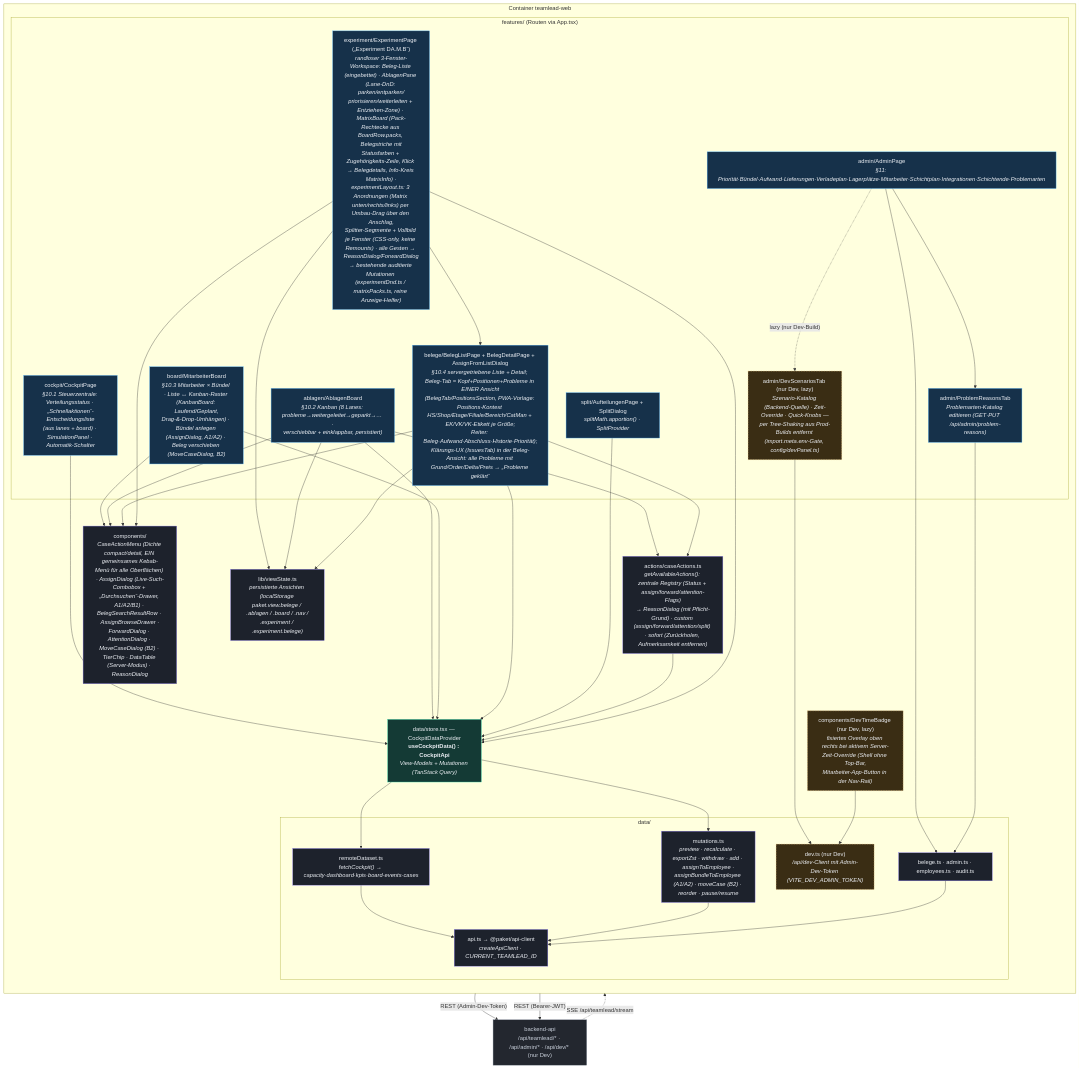
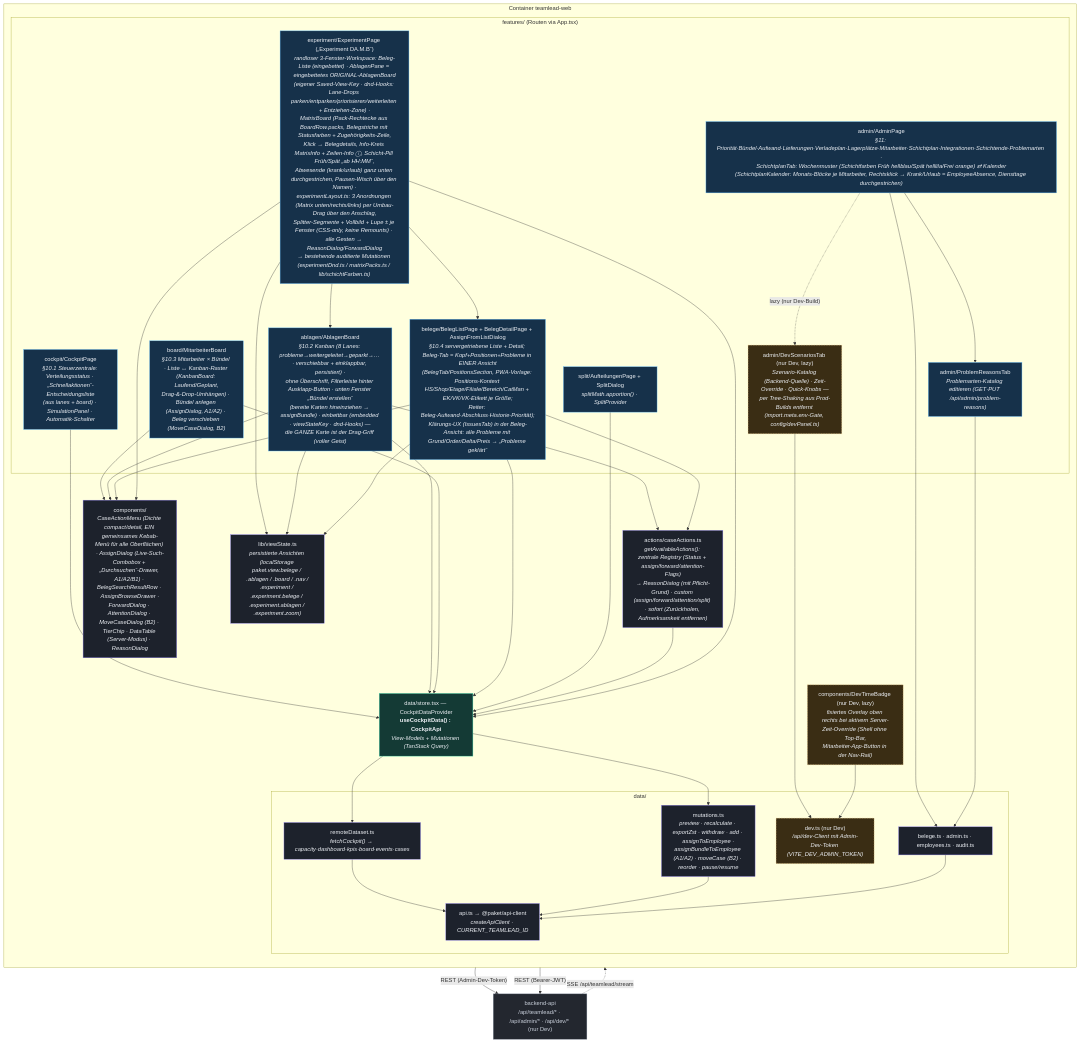
The diagram in docs/architecture/src/c3-teamlead-components.mmd (officialoniichat/paketdispov2), drawn with Mermaid before and after one commit. The commit also changed 27 other files, not shown here.

```diff
--- a/docs/architecture/src/c3-teamlead-components.mmd
+++ b/docs/architecture/src/c3-teamlead-components.mmd
@@ -1,69 +1,70 @@
 %% C4 Ebene 3 — Komponenten: teamlead-web (React + Vite + MUI, TanStack Query)
 %% Verifiziert gegen apps/teamlead-web/src/* (features/, data/, actions/, components/).
 flowchart TB
     classDef feat fill:#16314a,stroke:#56b6ff,color:#eef1f6;
     classDef store fill:#143a35,stroke:#2dd4a7,color:#eef1f6;
     classDef logic fill:#1d222c,stroke:#8b7cf6,color:#eef1f6;
     classDef ext fill:#23272f,stroke:#7c8696,color:#cbd2dd;
     classDef dev fill:#3a2d14,stroke:#e5b567,color:#eef1f6,stroke-dasharray:4 3;
 
     api["backend-api<br/>/api/teamlead/* · /api/admin/* · /api/dev/* (nur Dev)"]:::ext
 
     subgraph web["Container teamlead-web"]
         direction TB
         subgraph features["features/ (Routen via App.tsx)"]
             cockpit["cockpit/CockpitPage<br/><i>§10.1 Steuerzentrale: Verteilungsstatus · „Schnellaktionen“-Entscheidungsliste<br/>(aus lanes + board) · SimulationPanel · Automatik-Schalter</i>"]:::feat
-            ablagen["ablagen/AblagenBoard<br/><i>§10.2 Kanban (8 Lanes: probleme→weitergeleitet→geparkt→… ·<br/>verschiebbar + einklappbar, persistiert)</i>"]:::feat
+            ablagen["ablagen/AblagenBoard<br/><i>§10.2 Kanban (8 Lanes: probleme→weitergeleitet→geparkt→… · verschiebbar + einklappbar, persistiert) ·<br/>ohne Überschrift, Filterleiste hinter Ausklapp-Button · unten Fenster „Bündel erstellen“<br/>(bereite Karten hineinziehen → assignBundle) · einbettbar (embedded · viewStateKey · dnd-Hooks) —<br/>die GANZE Karte ist der Drag-Griff (voller Geist)</i>"]:::feat
             board["board/MitarbeiterBoard<br/><i>§10.3 Mitarbeiter × Bündel · Liste ↔ Kanban-Raster (KanbanBoard: Laufend/Geplant,<br/>Drag-&amp;-Drop-Umhängen) · Bündel anlegen (AssignDialog, A1/A2) · Beleg verschieben (MoveCaseDialog, B2)</i>"]:::feat
             belege["belege/BelegListPage + BelegDetailPage + AssignFromListDialog<br/><i>§10.4 servergetriebene Liste + Detail; Beleg-Tab = Kopf+Positionen+Probleme in EINER Ansicht<br/>(BelegTab/PositionsSection, PWA-Vorlage: Positions-Kontext HS/Shop/Etage/Filiale/Bereich/CatMan + EK/VK/VK-Etikett je Größe;<br/>Reiter: Beleg·Aufwand·Abschluss·Historie·Priorität);<br/>Klärungs-UX (IssuesTab) in der Beleg-Ansicht: alle Probleme mit Grund/Order/Delta/Preis → „Probleme geklärt“</i>"]:::feat
             split["split/AufteilungenPage + SplitDialog<br/><i>splitMath.apportion() · SplitProvider</i>"]:::feat
-            admin["admin/AdminPage<br/><i>§11: Priorität·Bündel·Aufwand·Lieferungen·Verladeplan·Lagerplätze·Mitarbeiter·Schichtplan·Integrationen·Schichtende·Problemarten</i>"]:::feat
+            admin["admin/AdminPage<br/><i>§11: Priorität·Bündel·Aufwand·Lieferungen·Verladeplan·Lagerplätze·Mitarbeiter·Schichtplan·Integrationen·Schichtende·Problemarten ·<br/>SchichtplanTab: Wochenmuster (Schichtfarben Früh hellblau/Spät helllila/Frei orange) ⇄ Kalender<br/>(SchichtplanKalender: Monats-Blöcke je Mitarbeiter, Rechtsklick → Krank/Urlaub = EmployeeAbsence, Diensttage durchgestrichen)</i>"]:::feat
             problemTab["admin/ProblemReasonsTab<br/><i>Problemarten-Katalog editieren (GET·PUT /api/admin/problem-reasons)</i>"]:::feat
             devtab["admin/DevScenariosTab (nur Dev, lazy)<br/><i>Szenario-Katalog (Backend-Quelle) · Zeit-Override · Quick-Knobs —<br/>per Tree-Shaking aus Prod-Builds entfernt (import.meta.env-Gate, config/devPanel.ts)</i>"]:::dev
-            experiment["experiment/ExperimentPage („Experiment DA.M.B“)<br/><i>randloser 3-Fenster-Workspace: Beleg-Liste (eingebettet) · AblagenPane (Lane-DnD: parken/entparken/<br/>priorisieren/weiterleiten + Entziehen-Zone) · MatrixBoard (Pack-Rechtecke aus BoardRow.packs, Belegstriche mit<br/>Statusfarben + Zugehörigkeits-Zeile, Klick → Belegdetails, Info-Kreis MatrixInfo) ·<br/>experimentLayout.ts: 3 Anordnungen (Matrix unten/rechts/links) per Umbau-Drag über den Anschlag,<br/>Splitter-Segmente + Vollbild je Fenster (CSS-only, keine Remounts) · alle Gesten → ReasonDialog/ForwardDialog<br/>→ bestehende auditierte Mutationen (experimentDnd.ts / matrixPacks.ts, reine Anzeige-Helfer)</i>"]:::feat
+            experiment["experiment/ExperimentPage („Experiment DA.M.B“)<br/><i>randloser 3-Fenster-Workspace: Beleg-Liste (eingebettet) · AblagenPane = eingebettetes ORIGINAL-AblagenBoard<br/>(eigener Saved-View-Key · dnd-Hooks: Lane-Drops parken/entparken/priorisieren/weiterleiten + Entziehen-Zone) ·<br/>MatrixBoard (Pack-Rechtecke aus BoardRow.packs, Belegstriche mit Statusfarben + Zugehörigkeits-Zeile,<br/>Klick → Belegdetails, Info-Kreis MatrixInfo + Zeilen-Info ⓘ, Schicht-Pill Früh/Spät „ab HH:MM“,<br/>Abwesende (krank/urlaub) ganz unten durchgestrichen, Pausen-Wisch über den Namen) ·<br/>experimentLayout.ts: 3 Anordnungen (Matrix unten/rechts/links) per Umbau-Drag über den Anschlag,<br/>Splitter-Segmente + Vollbild + Lupe ± je Fenster (CSS-only, keine Remounts) · alle Gesten → ReasonDialog/ForwardDialog<br/>→ bestehende auditierte Mutationen (experimentDnd.ts / matrixPacks.ts / lib/schichtFarben.ts)</i>"]:::feat
         end
         devbadge["components/DevTimeBadge (nur Dev, lazy)<br/><i>fixiertes Overlay oben rechts bei aktivem Server-Zeit-Override (Shell ohne Top-Bar,<br/>Mitarbeiter-App-Button in der Nav-Rail)</i>"]:::dev
         store["data/store.tsx — CockpitDataProvider<br/><b>useCockpitData() : CockpitApi</b><br/><i>View-Models + Mutationen (TanStack Query)</i>"]:::store
         subgraph datal["data/"]
             remote["remoteDataset.ts<br/><i>fetchCockpit() → capacity·dashboard·kpis·board·events·cases</i>"]:::logic
             belegeData["belege.ts · admin.ts · employees.ts · audit.ts"]:::logic
             devData["dev.ts (nur Dev)<br/><i>/api/dev-Client mit Admin-Dev-Token (VITE_DEV_ADMIN_TOKEN)</i>"]:::dev
             mutations["mutations.ts<br/><i>preview · recalculate · exportZst · withdraw · add · assignToEmployee ·<br/>assignBundleToEmployee (A1/A2) · moveCase (B2) · reorder · pause/resume</i>"]:::logic
             apiClient["api.ts → @paket/api-client<br/><i>createApiClient · CURRENT_TEAMLEAD_ID</i>"]:::logic
         end
         actions["actions/caseActions.ts<br/><i>getAvailableActions(): zentrale Registry (Status + assign/forward/attention-Flags)<br/>→ ReasonDialog (mit Pflicht-Grund) · custom (assign/forward/attention/split) · sofort (Zurückholen, Aufmerksamkeit entfernen)</i>"]:::logic
         shared["components/<br/><i>CaseActionMenu (Dichte compact/detail, EIN gemeinsames Kebab-Menü für alle Oberflächen) · AssignDialog (Live-Such-Combobox + „Durchsuchen“-Drawer, A1/A2/B1) · BelegSearchResultRow · AssignBrowseDrawer ·<br/>ForwardDialog · AttentionDialog · MoveCaseDialog (B2) · TierChip · DataTable (Server-Modus) · ReasonDialog</i>"]:::logic
-        viewState["lib/viewState.ts<br/><i>persistierte Ansichten (localStorage paket.view.belege / .ablagen / .board / .nav /<br/>.experiment / .experiment.belege)</i>"]:::logic
+        viewState["lib/viewState.ts<br/><i>persistierte Ansichten (localStorage paket.view.belege / .ablagen / .board / .nav /<br/>.experiment / .experiment.belege / .experiment.ablagen / .experiment.zoom)</i>"]:::logic
     end
 
     cockpit --> store
     ablagen --> store
     board --> store
     belege --> store
     split --> store
     admin --> belegeData
     admin --> problemTab
     problemTab --> belegeData
     admin -. "lazy (nur Dev-Build)" .-> devtab
     devtab --> devData
     devbadge --> devData
     devData -->|"REST (Admin-Dev-Token)"| api
     ablagen --> actions
     belege --> actions
     actions --> store
     board --> shared
     ablagen --> shared
     belege --> shared
     experiment --> store
     experiment --> belege
+    experiment --> ablagen
     experiment --> shared
     experiment --> viewState
     ablagen --> viewState
     belege --> viewState
     store --> remote
     store --> mutations
     remote --> apiClient
     mutations --> apiClient
     belegeData --> apiClient
     apiClient -->|"REST (Bearer-JWT)"| api
     api -. "SSE /api/teamlead/stream" .-> store
```
